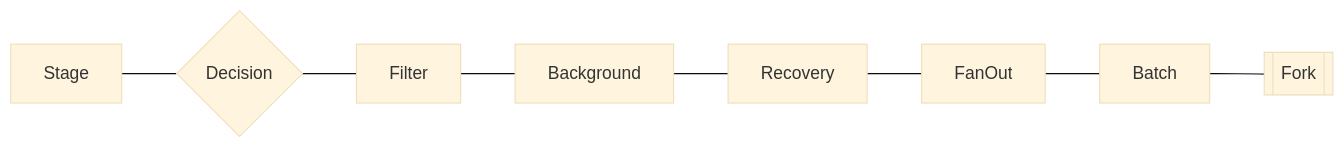
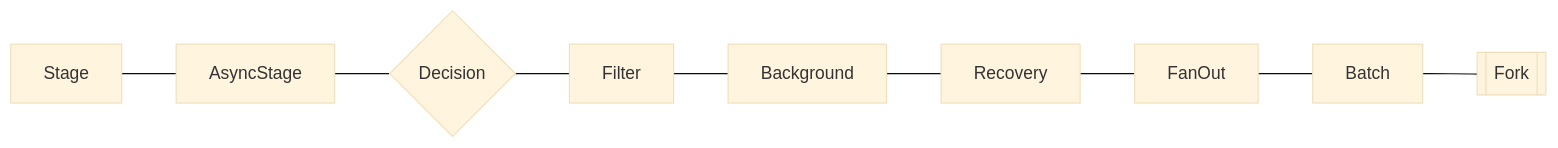
The second of 2 diagrams in docs/architecture.md (fabiangftech/nioflow), drawn with Mermaid (base theme) before and after one commit. The commit also changed other lines of this file and 12 other files, not shown here.

````diff
--- a/docs/architecture.md
+++ b/docs/architecture.md
@@ -30,4 +30,4 @@
 ```mermaid
 flowchart LR
-    S[Stage] --- D{Decision} --- F[Filter] --- BG[Background] --- R[Recovery] --- FO[FanOut] --- BA[Batch] --- FK[[Fork]]
+    S[Stage] --- AS[AsyncStage] --- D{Decision} --- F[Filter] --- BG[Background] --- R[Recovery] --- FO[FanOut] --- BA[Batch] --- FK[[Fork]]
 ```
````
